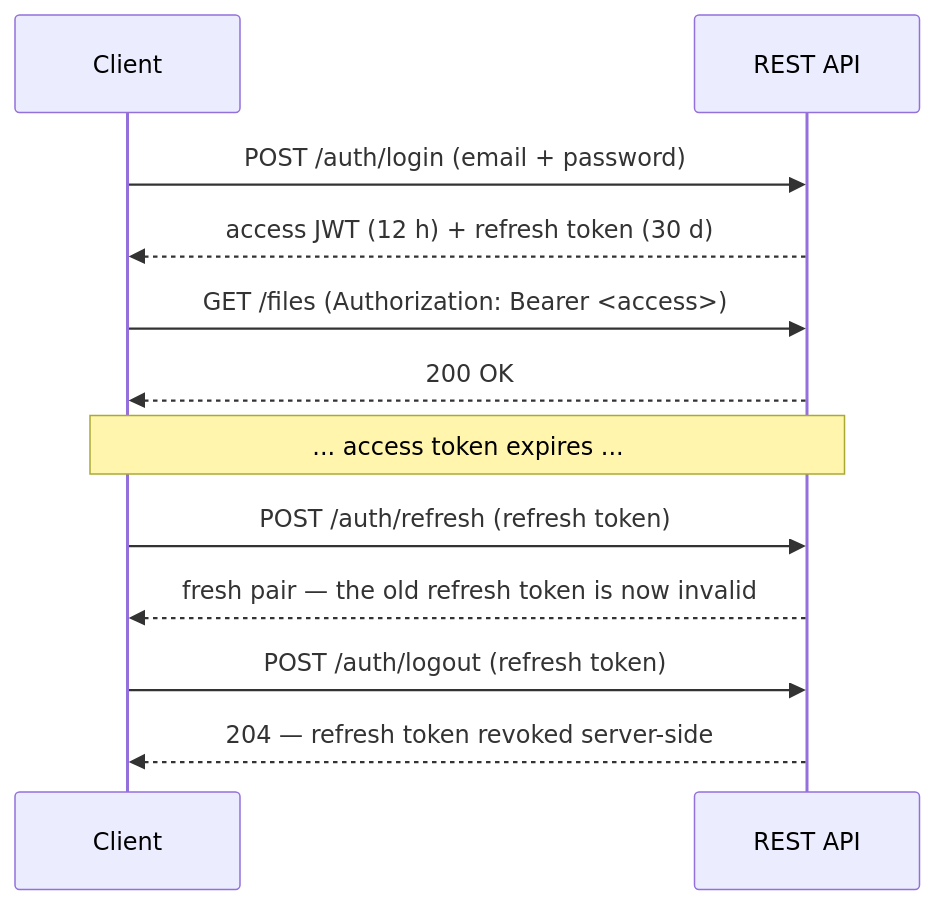
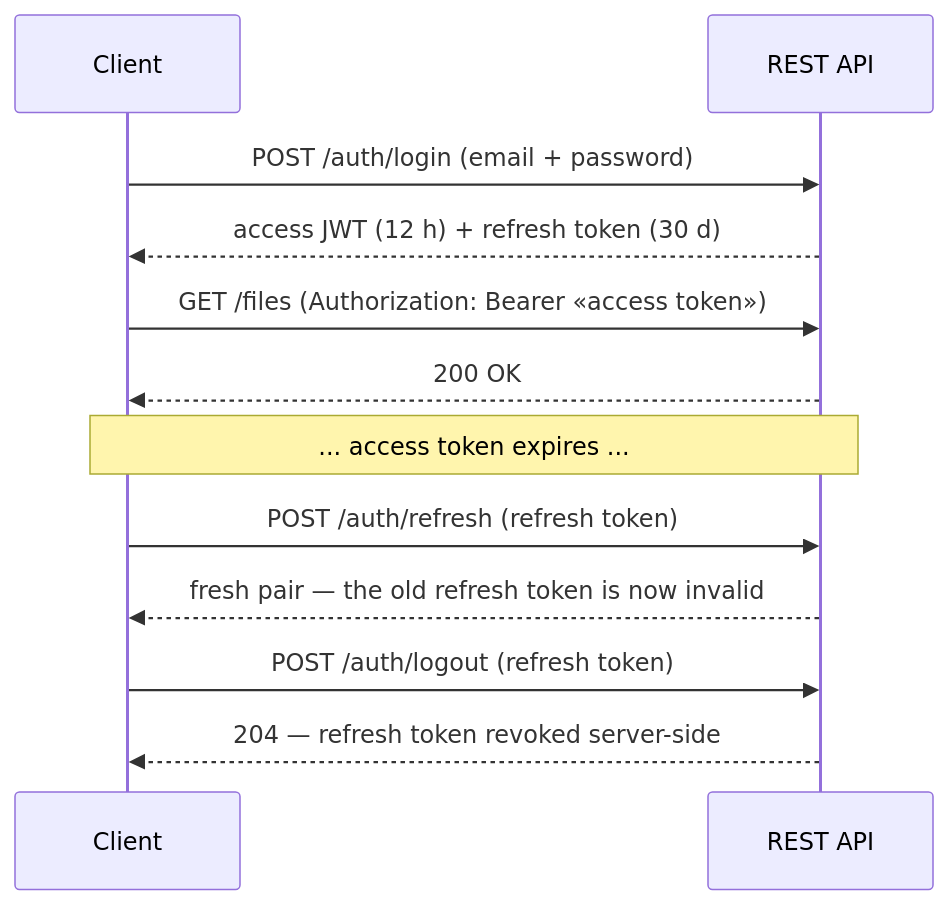
One commit to linoalessio/cloud-driver changed the diagram in docs/api-reference.md. Above: the diagram before and after it, drawn with Mermaid. The commit also changed other lines of this file and 78 other files, not shown here.

Commit message:
Docs: refresh README.md and docs/ against the current code, diagrams include

````diff
--- a/docs/api-reference.md
+++ b/docs/api-reference.md
@@ -37,14 +47,14 @@
 ```mermaid
 sequenceDiagram
     participant C as Client
     participant A as REST API
     C->>A: POST /auth/login (email + password)
     A-->>C: access JWT (12 h) + refresh token (30 d)
-    C->>A: GET /files (Authorization: Bearer <access>)
+    C->>A: GET /files (Authorization: Bearer «access token»)
     A-->>C: 200 OK
     Note over C,A: ... access token expires ...
     C->>A: POST /auth/refresh (refresh token)
     A-->>C: fresh pair — the old refresh token is now invalid
     C->>A: POST /auth/logout (refresh token)
     A-->>C: 204 — refresh token revoked server-side
 ```
````
